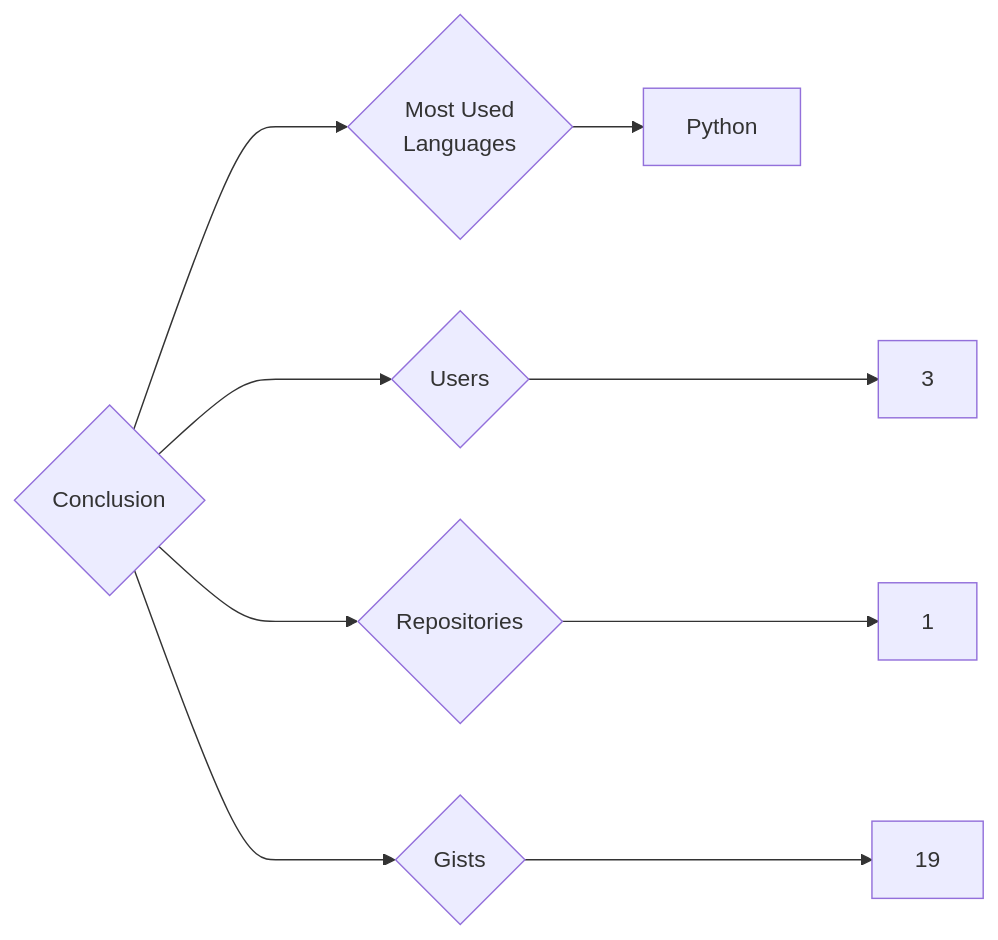
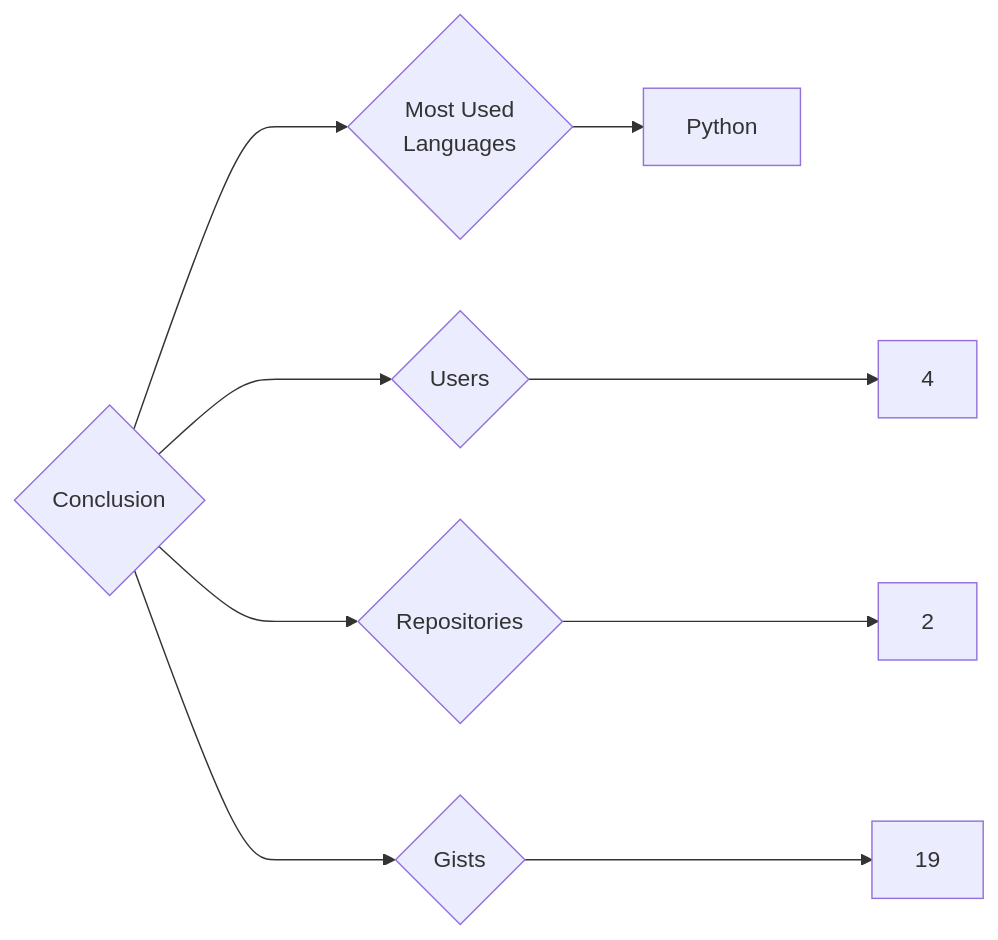
One commit to trickest/insiders changed the diagram in targets/Conclusion/README.md. Above: the diagram before and after it, drawn with Mermaid. The commit also changed 900 other files, not shown here.

````diff
--- a/targets/Conclusion/README.md
+++ b/targets/Conclusion/README.md
@@ -3,9 +3,9 @@
 ```mermaid
 graph LR
 COMPANY_NAME{Conclusion}
-COMPANY_NAME ---> U{Users} ---> UN[3]
-COMPANY_NAME ---> R{Repositories} ---> RN[1]
+COMPANY_NAME ---> U{Users} ---> UN[4]
+COMPANY_NAME ---> R{Repositories} ---> RN[2]
 COMPANY_NAME ---> G{Gists} ---> GN[19]
 COMPANY_NAME ---> ML{Most Used<br>Languages}
 ML --> Python[Python]
 ```
````
